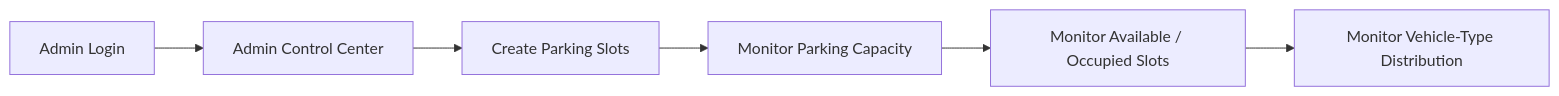
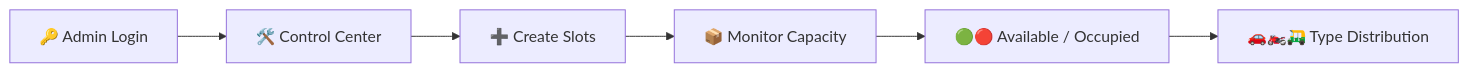
Before and after one commit to Sahil2u47/smart_parking_system_frontend: the ninth of 9 diagrams in README.md, drawn with Mermaid. The commit also changed other lines of this file, not shown here.

````diff
--- a/README.md
+++ b/README.md
@@ -446,4 +601,4 @@
 ```mermaid
 flowchart LR
-    A["Admin Login"] --> B["Admin Control Center"] --> C["Create Parking Slots"] --> D["Monitor Parking Capacity"] --> E["Monitor Available / Occupied Slots"] --> F["Monitor Vehicle-Type Distribution"]
+    A["🔑 Admin Login"] --> B["🛠️ Control Center"] --> C["➕ Create Slots"] --> D["📦 Monitor Capacity"] --> E["🟢🔴 Available / Occupied"] --> F["🚗🏍️🛺 Type Distribution"]
 ```
````
